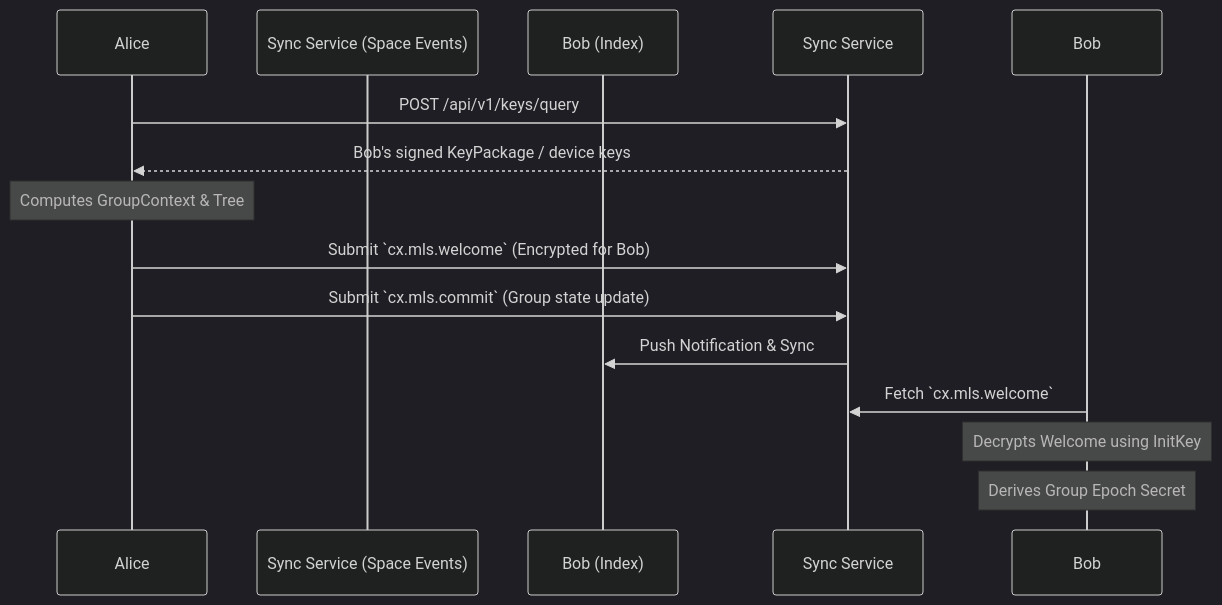
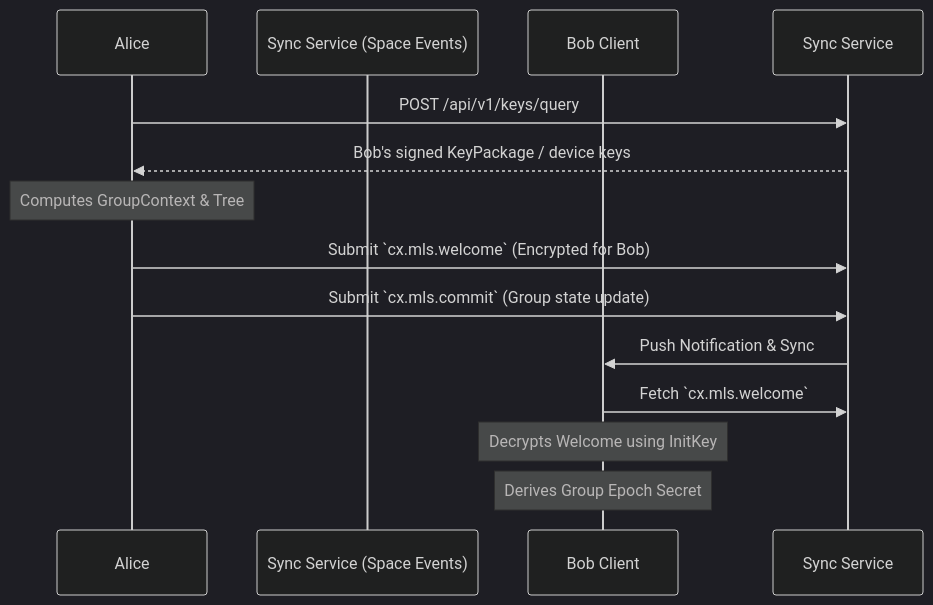
The diagram in zh/crypto-media/encryption-and-audit.md (arkret-org/arkret-spec), drawn with Mermaid (dark theme) before and after one commit. The commit also changed other lines of this file and 88 other files, not shown here.

````diff
--- a/zh/crypto-media/encryption-and-audit.md
+++ b/zh/crypto-media/encryption-and-audit.md
@@ -25,20 +25,20 @@
 ```mermaid
 sequenceDiagram
     participant Alice
     participant Sync Service (Space Events)
-    participant Bob (Index)
+    participant BobClient as Bob Client
 
     Alice->>Sync Service: POST /api/v1/keys/query
     Sync Service-->>Alice: Bob's signed KeyPackage / device keys
     
     note over Alice: Computes GroupContext & Tree
     
     Alice->>Sync Service: Submit `cx.mls.welcome` (Encrypted for Bob)
     Alice->>Sync Service: Submit `cx.mls.commit` (Group state update)
     
-    Sync Service->>Bob (Index): Push Notification & Sync
+    Sync Service->>BobClient: Push Notification & Sync
     
-    Bob->>Sync Service: Fetch `cx.mls.welcome`
-    note over Bob: Decrypts Welcome using InitKey
-    note over Bob: Derives Group Epoch Secret
+    BobClient->>Sync Service: Fetch `cx.mls.welcome`
+    note over BobClient: Decrypts Welcome using InitKey
+    note over BobClient: Derives Group Epoch Secret
 ```
````
